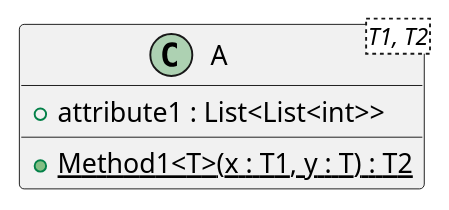
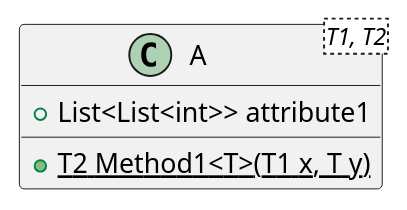
Diagram 12 of 13 in PlantUML/Lesson02.md (ZhiZe-ZG/UMLLesson), drawn with PlantUML before and after one commit. The commit also changed other lines of this file and 1 other file, not shown here.

````diff
--- a/PlantUML/Lesson02.md
+++ b/PlantUML/Lesson02.md
@@ -175,6 +175,6 @@
 ```PlantUML
 class A<T1, T2>{
-    + {static} Method1<T>(x : T1, y : T) : T2
-    + attribute1 : List<List<int>>
+    + {static} T2 Method1<T>(T1 x, T y)
+    + List<List<int>> attribute1
 }
 ```
````
